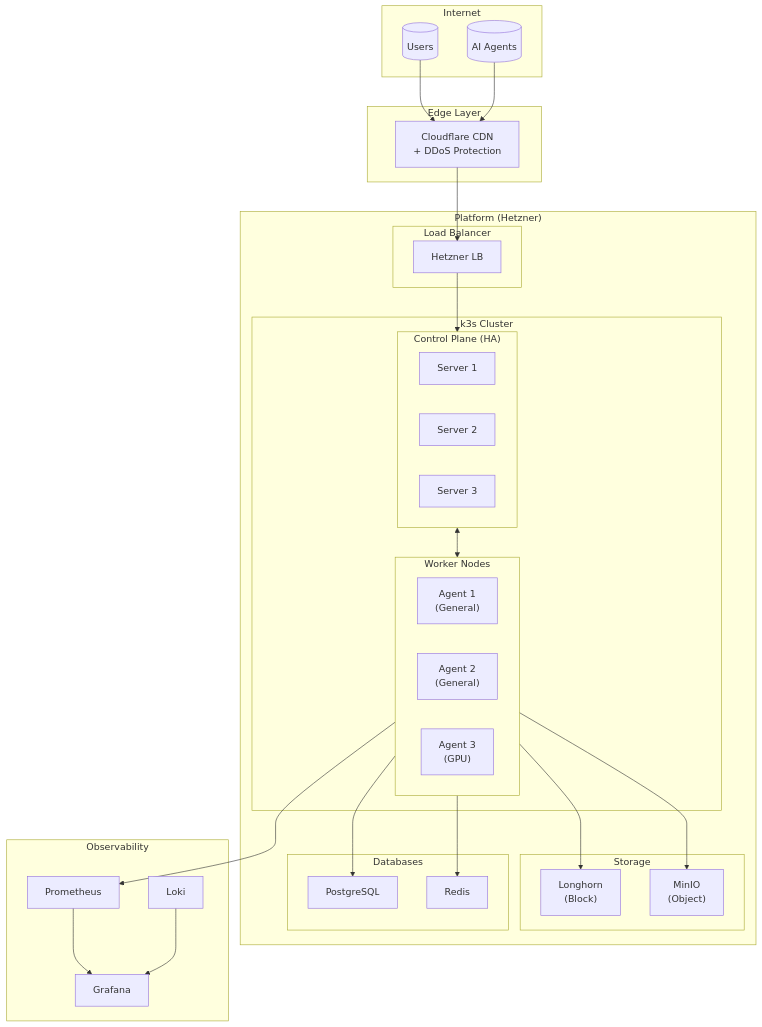
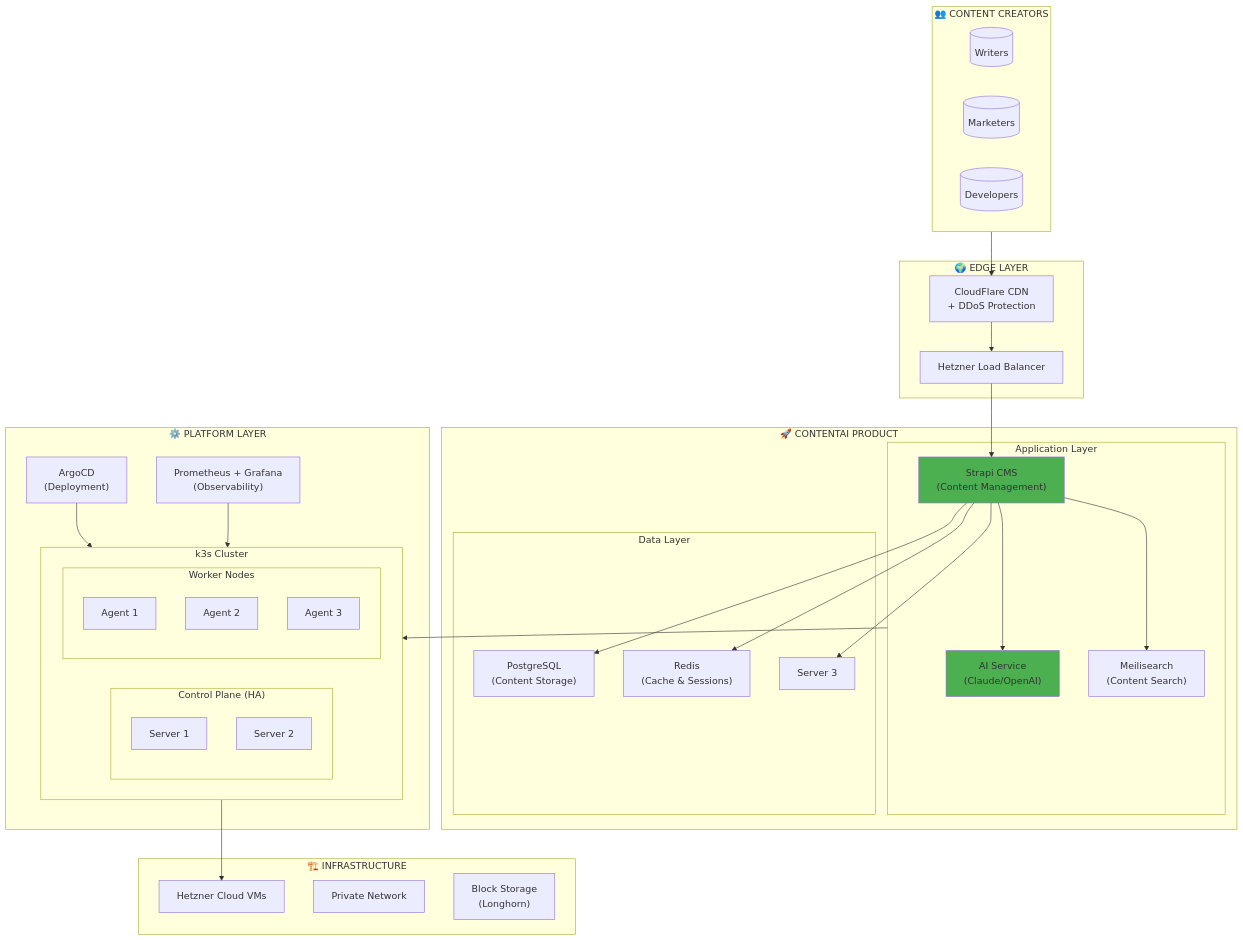
The first of 9 diagrams in DevOps/01-Product/04-Target-Architecture.md (PearlThoughtsInternship/Internship-Obsidian-Vault), drawn with Mermaid before and after one commit. The commit also changed other lines of this file and 1 other file, not shown here.

First line of the commit message:
Rewrite Capabilities and Target Architecture with ContentAI focus

````diff
--- a/DevOps/01-Product/04-Target-Architecture.md
+++ b/DevOps/01-Product/04-Target-Architecture.md
@@ -11,60 +16,66 @@
 ```mermaid
 flowchart TB
-    subgraph Internet["Internet"]
-        Users[("Users")]
-        Agents[("AI Agents")]
+    subgraph Users["👥 CONTENT CREATORS"]
+        Creator[("Writers")]
+        Marketer[("Marketers")]
+        Dev[("Developers")]
     end
 
-    subgraph Edge["Edge Layer"]
-        CF["Cloudflare CDN\n+ DDoS Protection"]
+    subgraph Edge["🌍 EDGE LAYER"]
+        CF["CloudFlare CDN\n+ DDoS Protection"]
+        LB["Hetzner Load Balancer"]
     end
 
-    subgraph Platform["Platform (Hetzner)"]
-        subgraph LB["Load Balancer"]
-            HLB["Hetzner LB"]
+    subgraph ContentAI["🚀 CONTENTAI PRODUCT"]
+        subgraph App["Application Layer"]
+            Strapi["Strapi CMS\n(Content Management)"]
+            AI["AI Service\n(Claude/OpenAI)"]
+            Search["Meilisearch\n(Content Search)"]
         end
 
-        subgraph Cluster["k3s Cluster"]
+        subgraph Data["Data Layer"]
+            PG["PostgreSQL\n(Content Storage)"]
+            Redis["Redis\n(Cache & Sessions)"]
+            S3["S3/MinIO\n(Media Assets)"]
+        end
+    end
+
+    subgraph Platform["⚙️ PLATFORM LAYER"]
+        subgraph K8s["k3s Cluster"]
             subgraph CP["Control Plane (HA)"]
                 S1["Server 1"]
                 S2["Server 2"]
                 S3["Server 3"]
             end
-
             subgraph Workers["Worker Nodes"]
-                W1["Agent 1\n(General)"]
-                W2["Agent 2\n(General)"]
-                W3["Agent 3\n(GPU)"]
+                A1["Agent 1"]
+                A2["Agent 2"]
+                A3["Agent 3"]
             end
         end
 
-        subgraph Storage["Storage"]
-            LH["Longhorn\n(Block)"]
-            MINIO["MinIO\n(Object)"]
-        end
-
-        subgraph DB["Databases"]
-            PG["PostgreSQL"]
-            REDIS["Redis"]
-        end
+        GitOps["ArgoCD\n(Deployment)"]
+        Obs["Prometheus + Grafana\n(Observability)"]
     end
 
-    subgraph Observability["Observability"]
-        PROM["Prometheus"]
-        GRAF["Grafana"]
-        LOKI["Loki"]
+    subgraph Infra["🏗️ INFRASTRUCTURE"]
+        VMs["Hetzner Cloud VMs"]
+        Network["Private Network"]
+        Storage["Block Storage\n(Longhorn)"]
     end
 
-    Users --> CF
-    Agents --> CF
-    CF --> HLB
-    HLB --> CP
-    CP <--> Workers
-    Workers --> LH
-    Workers --> MINIO
-    Workers --> PG
-    Workers --> REDIS
-    Workers --> PROM
-    PROM --> GRAF
-    LOKI --> GRAF
+    Users --> CF --> LB --> Strapi
+    Strapi --> AI
+    Strapi --> Search
+    Strapi --> PG
+    Strapi --> Redis
+    Strapi --> S3
+
+    App --> K8s
+    K8s --> VMs
+    GitOps --> K8s
+    Obs --> K8s
+
+    style Strapi fill:#4CAF50
+    style AI fill:#4CAF50
 ```
````
